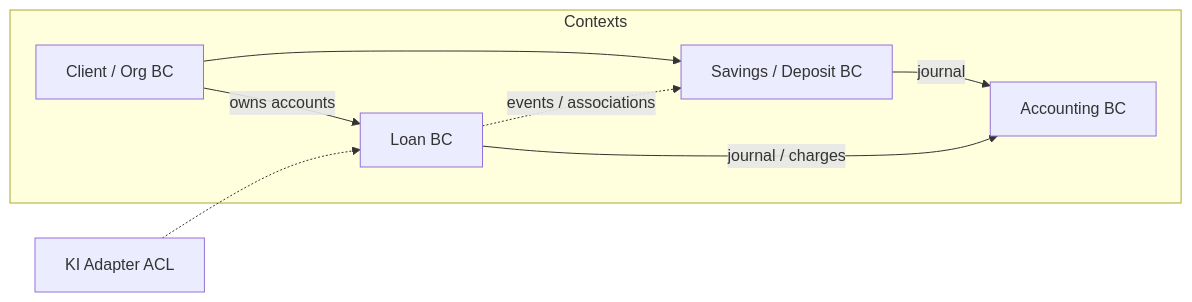
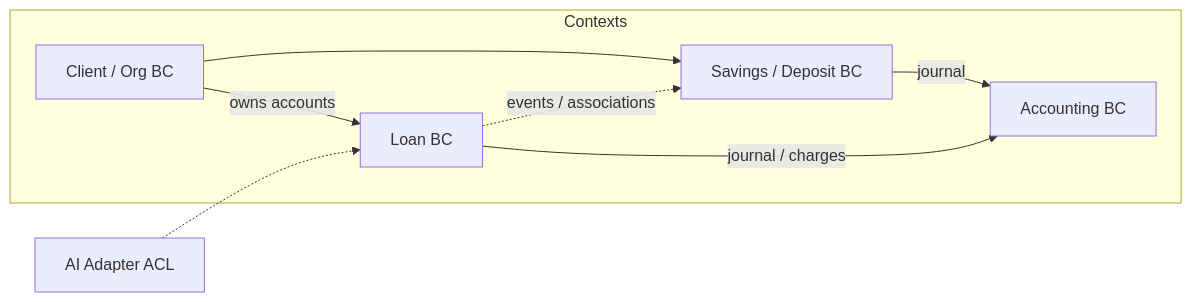
The diagram in docs/arc42/decisions/ADR-019-domain-driven-design.md (RainerMaxWallscheid/fineract-osgi), drawn with Mermaid before and after one commit. The commit also changed other lines of this file and 38 other files, not shown here.

````diff
--- a/docs/arc42/decisions/ADR-019-domain-driven-design.md
+++ b/docs/arc42/decisions/ADR-019-domain-driven-design.md
@@ -37,15 +37,15 @@
 ```mermaid
 flowchart LR
     subgraph Contexts
       L[Loan BC]
       S[Savings / Deposit BC]
       A[Accounting BC]
       C[Client / Org BC]
     end
     L -->|journal / charges| A
     S -->|journal| A
     C -->|owns accounts| L
     C --> S
     L -.->|events / associations| S
-    KI[KI Adapter ACL] -.-> L
+    KI[AI Adapter ACL] -.-> L
 ```
````
